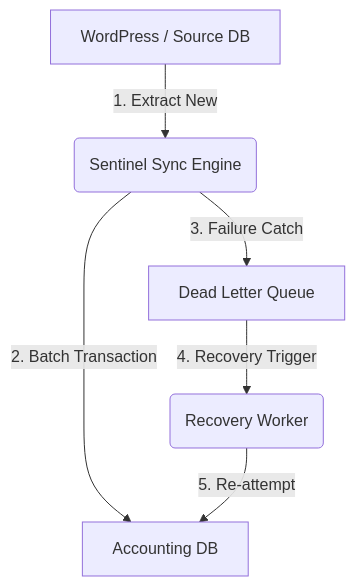
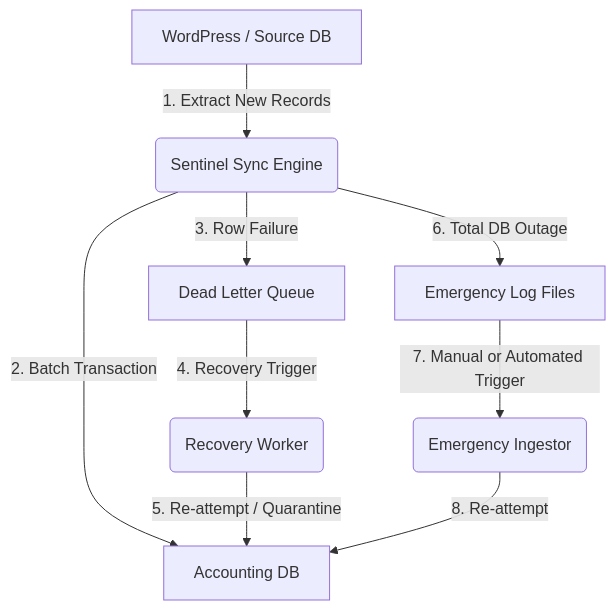
The diagram in README.md (Hawsome/sentinel-sync-engine), drawn with Mermaid before and after one commit. The commit also changed other lines of this file and 9 other files, not shown here.

````diff
--- a/README.md
+++ b/README.md
@@ -25,8 +25,11 @@
 ```mermaid
 graph TD
-    A[WordPress / Source DB] -->|1. Extract New| B(Sentinel Sync Engine)
+    A[WordPress / Source DB] -->|1. Extract New Records| B(Sentinel Sync Engine)
     B -->|2. Batch Transaction| C[Accounting DB]
-    B -->|3. Failure Catch| D[Dead Letter Queue]
+    B -->|3. Row Failure| D[Dead Letter Queue]
     D -->|4. Recovery Trigger| E(Recovery Worker)
-    E -->|5. Re-attempt| C
+    E -->|5. Re-attempt / Quarantine| C
+    B -->|6. Total DB Outage| F[Emergency Log Files]
+    F -->|7. Manual or Automated Trigger| G(Emergency Ingestor)
+    G -->|8. Re-attempt| C
 ```
````
